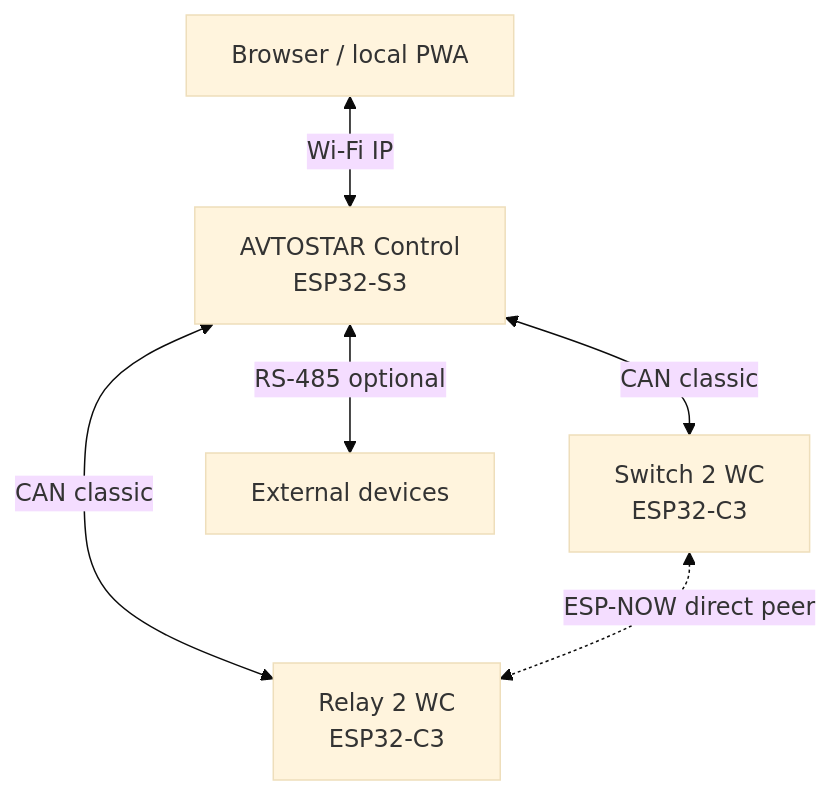
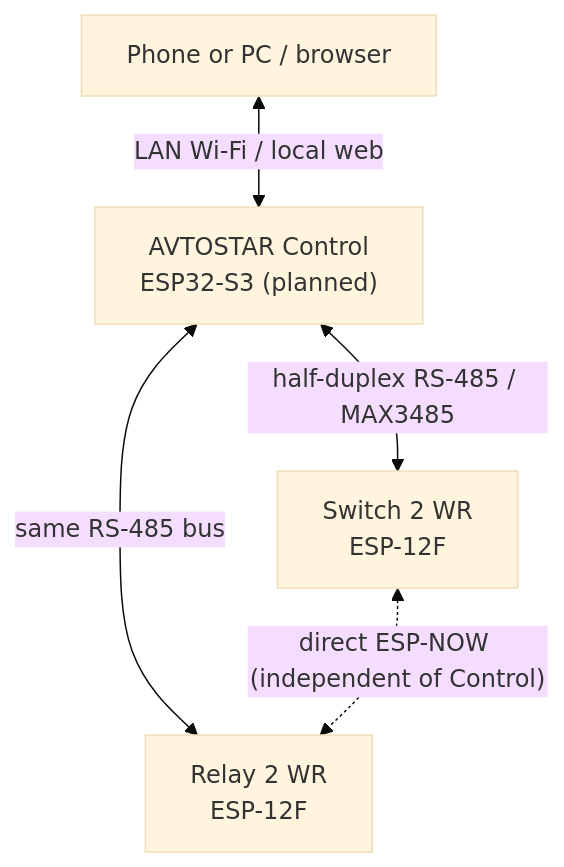
One commit to MaxStriX324/avtostar-smart-home changed the diagram in docs/architecture.md. Above: the diagram before and after it, drawn with Mermaid (base theme). The commit also changed other lines of this file and 14 other files, not shown here.

Commit message:
docs: switch endpoint baseline to ESP-12F and MAX3485 RS-485

````diff
--- a/docs/architecture.md
+++ b/docs/architecture.md
@@ -3,11 +3,10 @@
 ```mermaid
 flowchart TB
-    Phone[Browser / local PWA] <-->|Wi-Fi IP| Control[AVTOSTAR Control
-ESP32-S3]
-    Control <-->|CAN classic| Switch[Switch 2 WC
-ESP32-C3]
-    Control <-->|CAN classic| Relay[Relay 2 WC
-ESP32-C3]
-    Switch <-.->|ESP-NOW direct peer| Relay
-    Control <-->|RS-485 optional| Other[External devices]
+  P["Phone or PC / browser"] <-->|"LAN Wi-Fi / local web"| C["AVTOSTAR Control
+ESP32-S3 (planned)"]
+  C <-->|"half-duplex RS-485 / MAX3485"| SW["Switch 2 WR
+ESP-12F"]
+  C <-->|"same RS-485 bus"| R["Relay 2 WR
+ESP-12F"]
+  SW <-.->|"direct ESP-NOW (independent of Control)"| R
 ```
````
